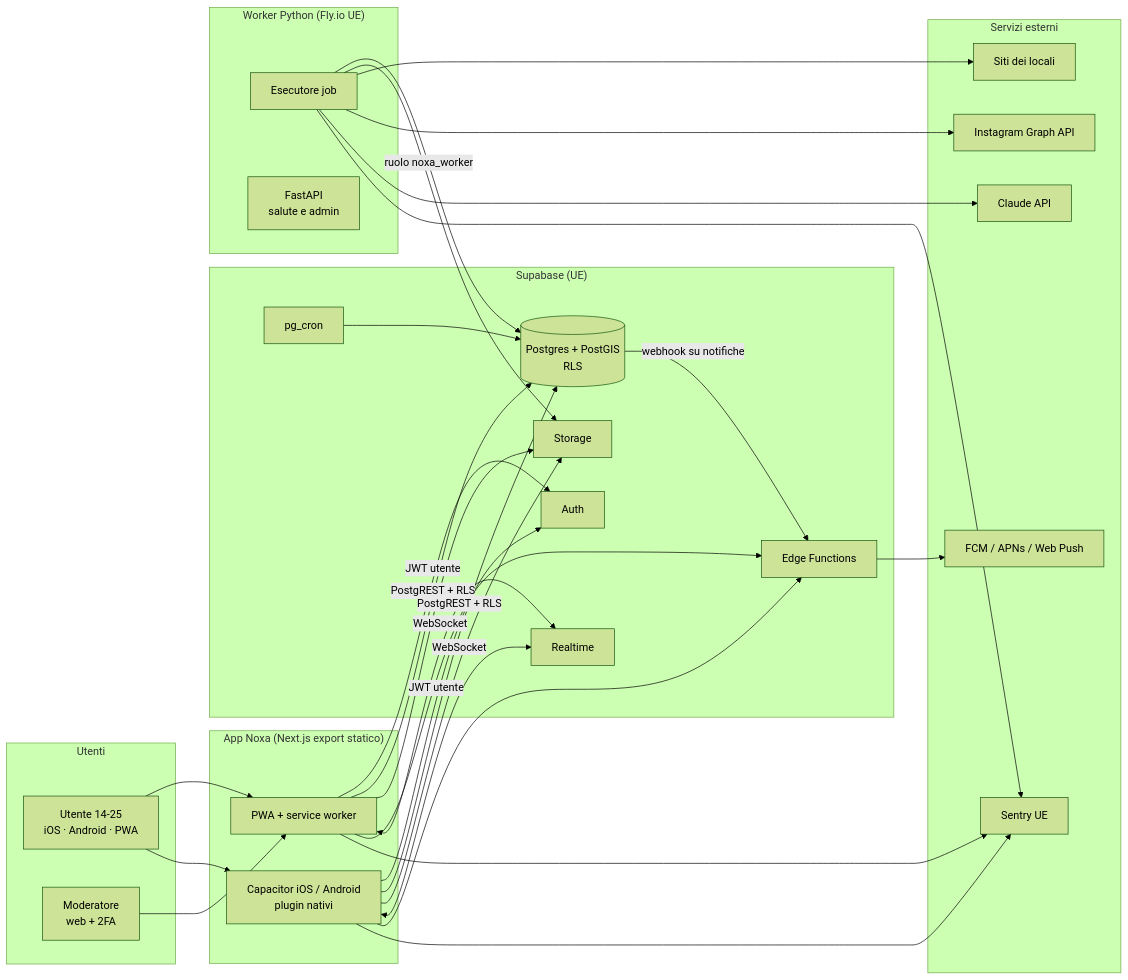
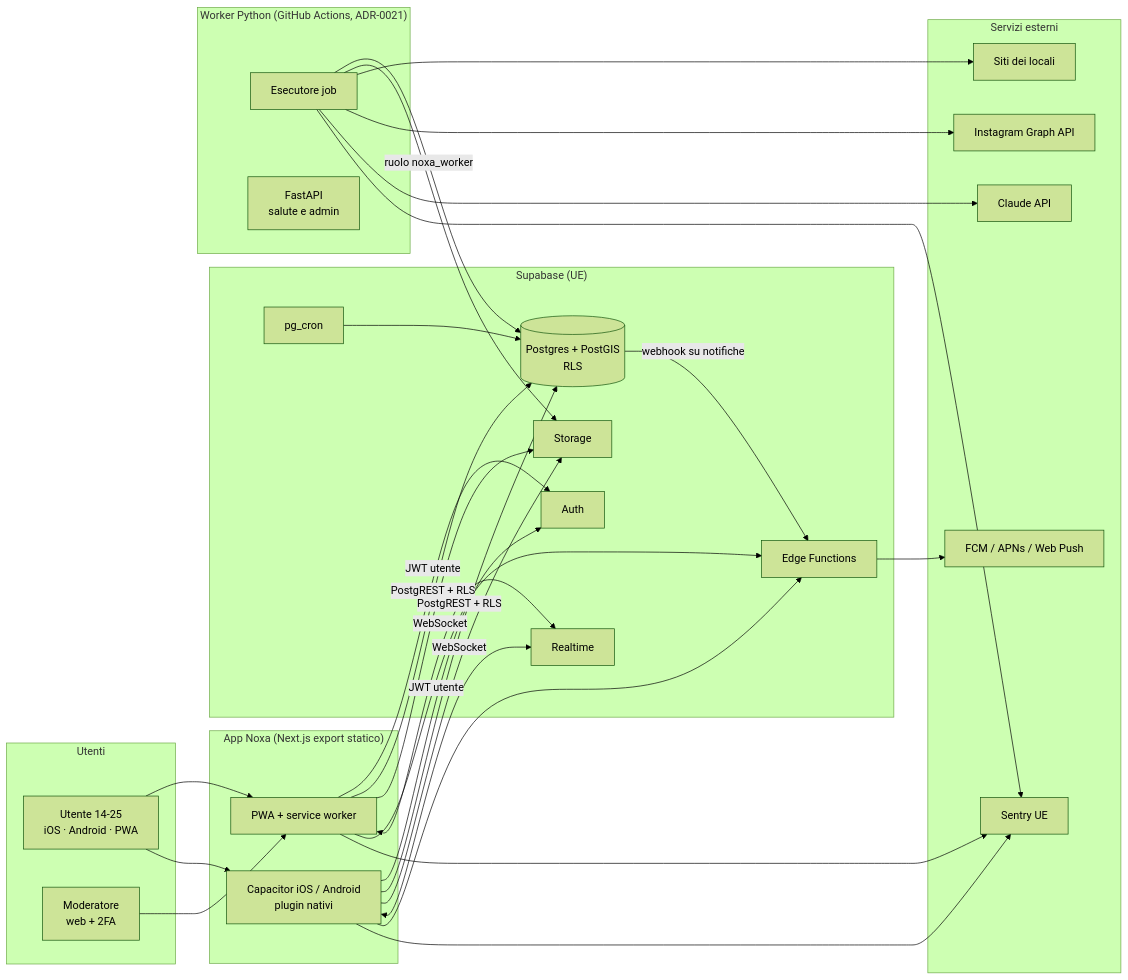
Before and after one commit to MatteoParrella/noxa: the first of 7 diagrams in docs/ARCHITECTURE.md, drawn with Mermaid (forest theme). The commit also changed other lines of this file and 10 other files, not shown here.

````diff
--- a/docs/ARCHITECTURE.md
+++ b/docs/ARCHITECTURE.md
@@ -24,52 +24,52 @@
 ```mermaid
 flowchart LR
     subgraph Utenti
         U[Utente 14-25<br/>iOS · Android · PWA]
         M[Moderatore<br/>web + 2FA]
     end
 
     subgraph Client["App Noxa (Next.js export statico)"]
         PWA[PWA + service worker]
         CAP[Capacitor iOS / Android<br/>plugin nativi]
     end
 
     subgraph Supabase["Supabase (UE)"]
         AUTH[Auth]
         PG[(Postgres + PostGIS<br/>RLS)]
         ST[Storage]
         RT[Realtime]
         EF[Edge Functions]
         CRON[pg_cron]
     end
 
-    subgraph Worker["Worker Python (Fly.io UE)"]
+    subgraph Worker["Worker Python (GitHub Actions, ADR-0021)"]
         RUN[Esecutore job]
         API[FastAPI<br/>salute e admin]
     end
 
     subgraph Esterni["Servizi esterni"]
         SITI[Siti dei locali]
         IG[Instagram Graph API]
         CL[Claude API]
         PUSH[FCM / APNs / Web Push]
         SEN[Sentry UE]
     end
 
     U --> PWA
     U --> CAP
     M --> PWA
     PWA & CAP -->|JWT utente| AUTH
     PWA & CAP -->|PostgREST + RLS| PG
     PWA & CAP --> ST
     PWA & CAP <-->|WebSocket| RT
     PWA & CAP --> EF
     CRON --> PG
     PG -->|webhook su notifiche| EF
     EF --> PUSH
     RUN -->|ruolo noxa_worker| PG
     RUN --> ST
     RUN --> SITI
     RUN --> IG
     RUN --> CL
     PWA & CAP & RUN --> SEN
 ```
````
